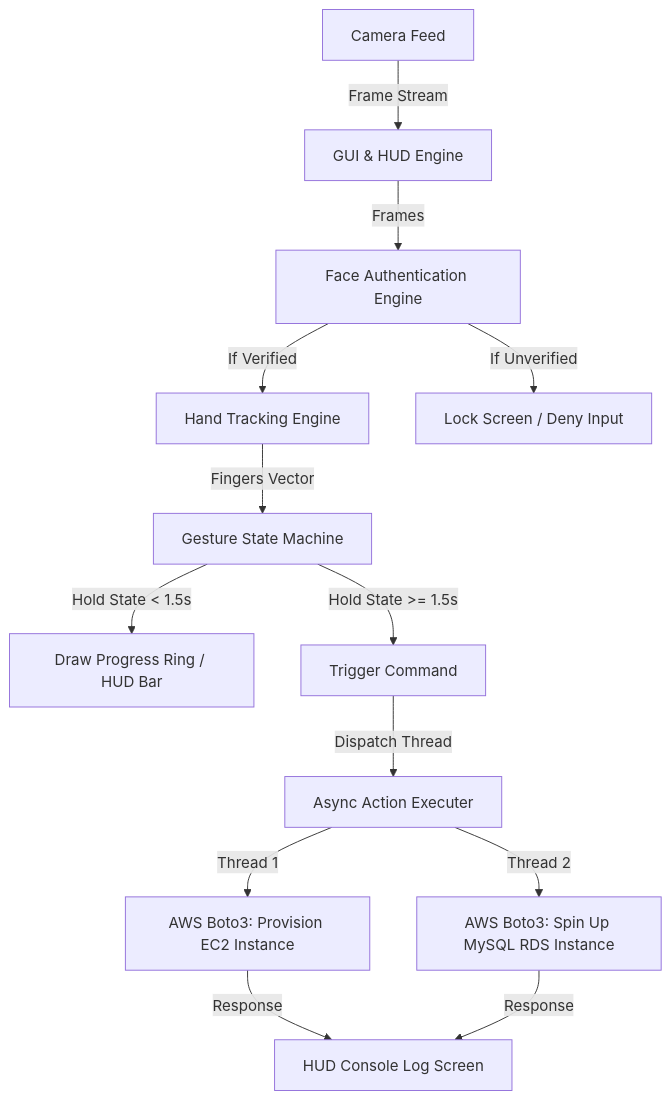
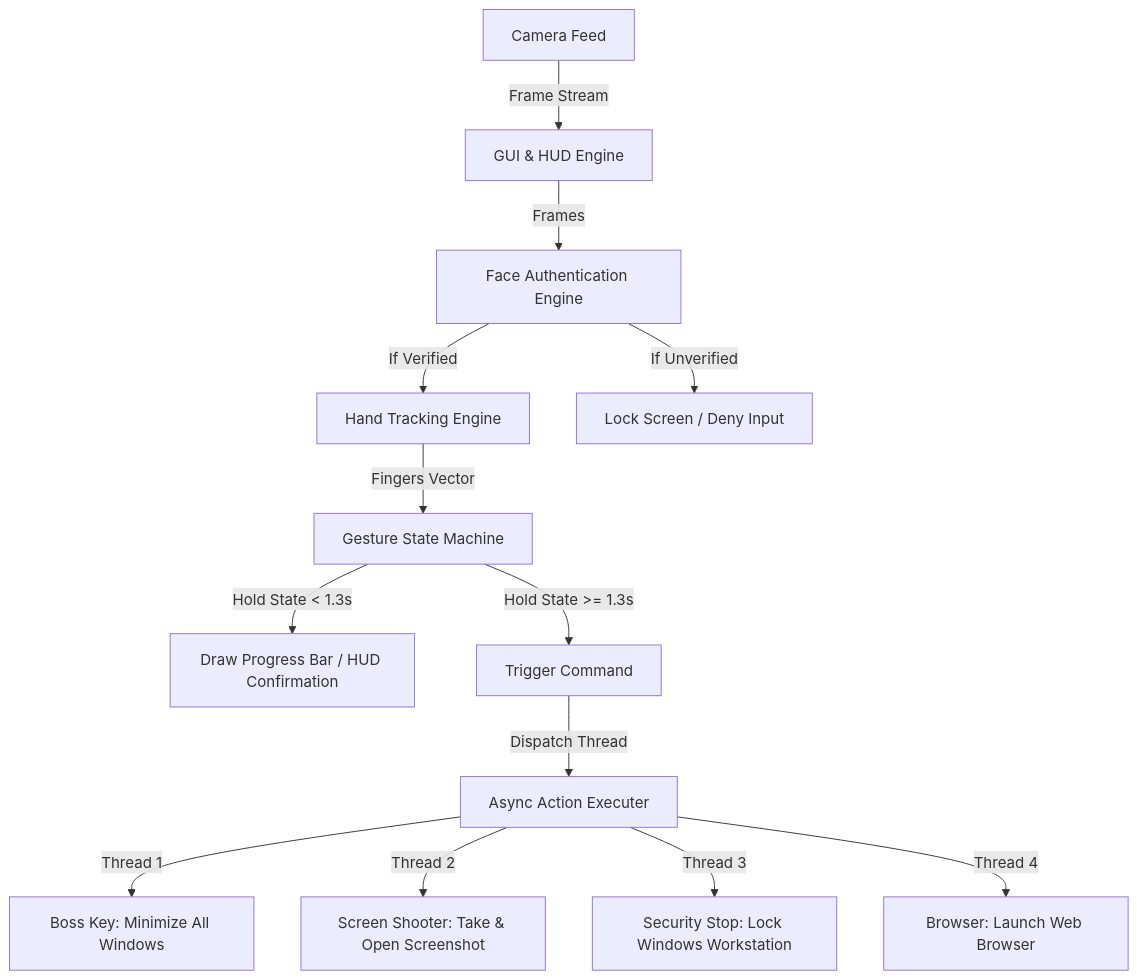
Before and after one commit to KrishnaGupta-coder/ZeroTouchSec: the diagram in README.md, drawn with Mermaid. The commit also changed other lines of this file and 1 other file, not shown here.

Commit message:
Feature: Switch from AWS to local system control gestures (Fist, Gun, Palm, Peace) using pyautogui

````diff
--- a/README.md
+++ b/README.md
@@ -44,18 +42,17 @@
 ```mermaid
 graph TD
     A[Camera Feed] -->|Frame Stream| B[GUI & HUD Engine]
     B -->|Frames| C[Face Authentication Engine]
     C -->|If Verified| D[Hand Tracking Engine]
     C -->|If Unverified| E[Lock Screen / Deny Input]
     
     D -->|Fingers Vector| F[Gesture State Machine]
-    F -->|Hold State < 1.5s| G[Draw Progress Ring / HUD Bar]
-    F -->|Hold State >= 1.5s| H[Trigger Command]
+    F -->|Hold State < 1.3s| G[Draw Progress Bar / HUD Confirmation]
+    F -->|Hold State >= 1.3s| H[Trigger Command]
     
     H -->|Dispatch Thread| I[Async Action Executer]
-    I -->|Thread 1| J[AWS Boto3: Provision EC2 Instance]
-    I -->|Thread 2| K[AWS Boto3: Spin Up MySQL RDS Instance]
-    
-    J -->|Response| L[HUD Console Log Screen]
-    K -->|Response| L
+    I -->|Thread 1| J[Boss Key: Minimize All Windows]
+    I -->|Thread 2| K[Screen Shooter: Take & Open Screenshot]
+    I -->|Thread 3| L[Security Stop: Lock Windows Workstation]
+    I -->|Thread 4| M[Browser: Launch Web Browser]
 ```
````
